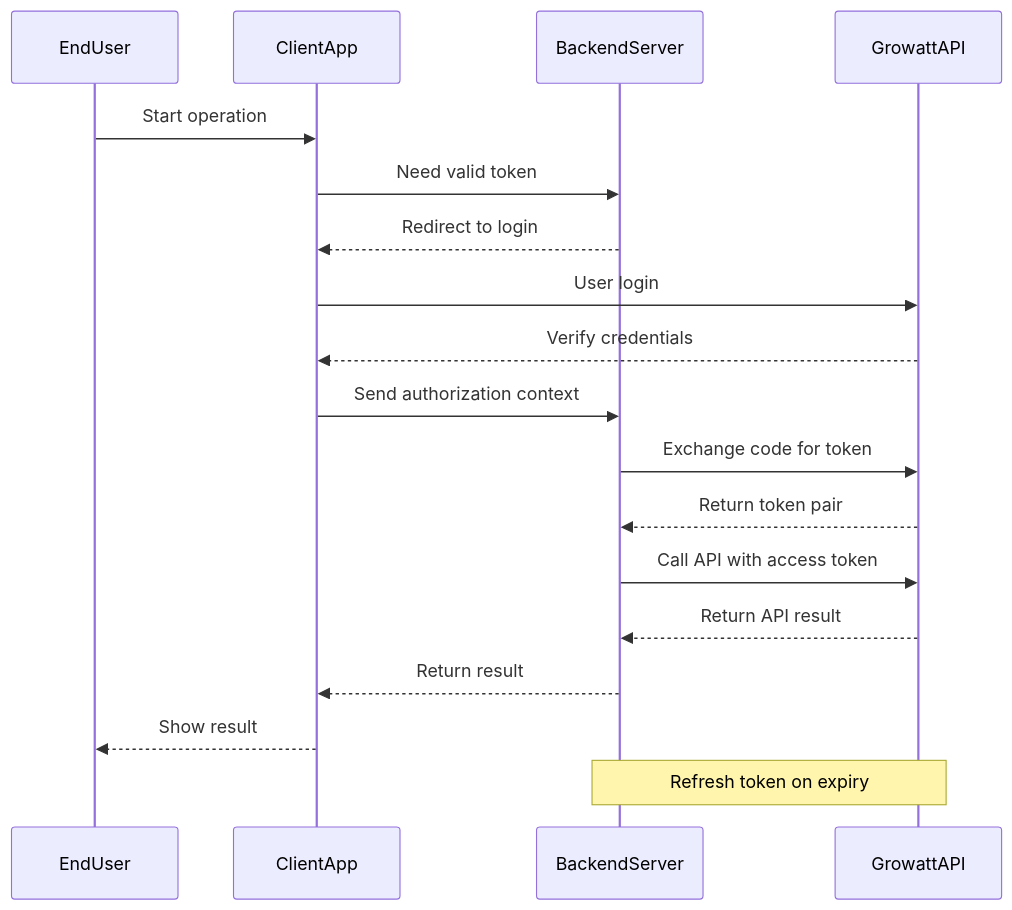
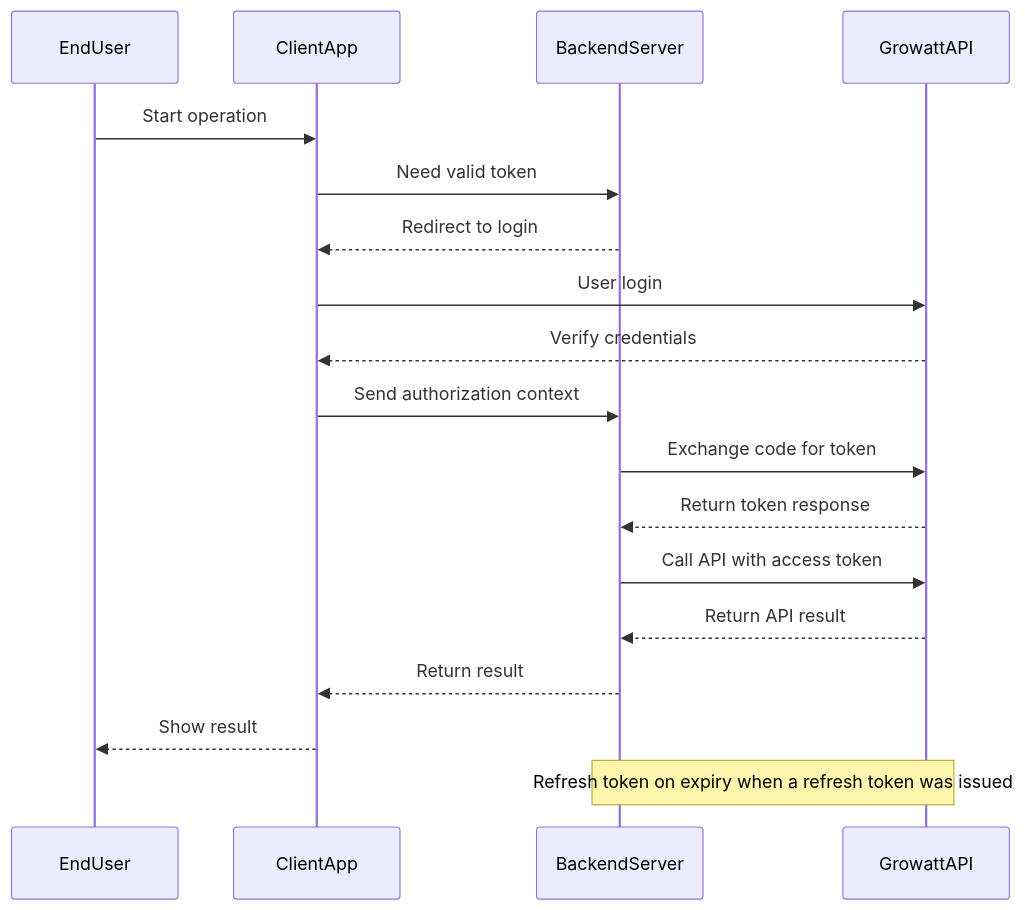
The second of 2 diagrams in Growatt API/OPENAPI/01_authentication.md (EugeneJian/growatt-unified-api), drawn with Mermaid before and after one commit. The commit also changed other lines of this file and 26 other files, not shown here.

````diff
--- a/Growatt API/OPENAPI/01_authentication.md
+++ b/Growatt API/OPENAPI/01_authentication.md
@@ -51,23 +51,23 @@
 ```mermaid
 %% 本代码严格遵循AI生成Mermaid代码的终极准则v4.1（Mermaid终极大师）
 sequenceDiagram
     participant User as EndUser
     participant App as ClientApp
     participant Server as BackendServer
     participant Growatt as GrowattAPI
 
     User->>App: Start operation
     App->>Server: Need valid token
     Server-->>App: Redirect to login
     App->>Growatt: User login
     Growatt-->>App: Verify credentials
     App->>Server: Send authorization context
     Server->>Growatt: Exchange code for token
-    Growatt-->>Server: Return token pair
+    Growatt-->>Server: Return token response
     Server->>Growatt: Call API with access token
     Growatt-->>Server: Return API result
     Server-->>App: Return result
     App-->>User: Show result
 
-    Note over Server,Growatt: Refresh token on expiry
+    Note over Server,Growatt: Refresh token on expiry when a refresh token was issued
 ```
````
